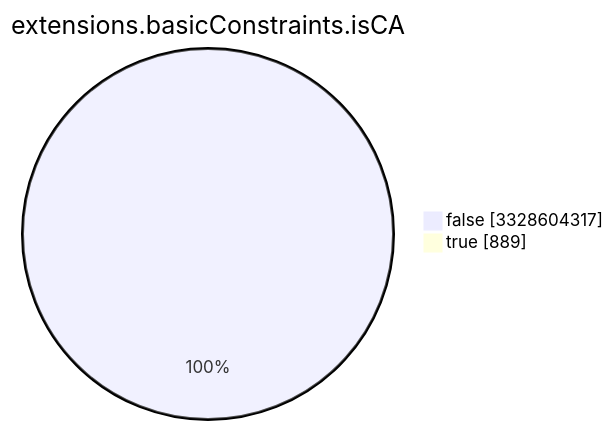
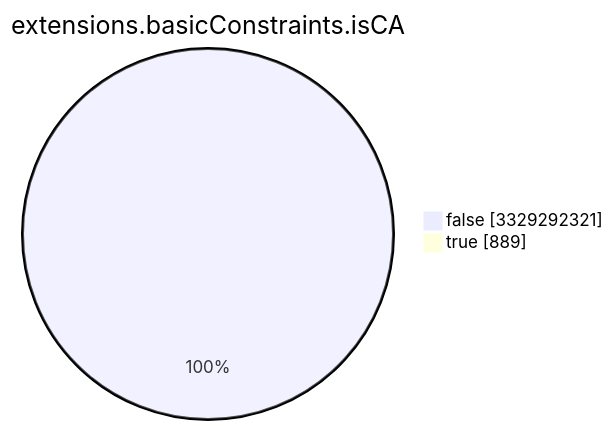
The seventh of 15 diagrams in TOTAL/README.md (christiankrug/ctmonitor_visualization), drawn with Mermaid before and after one commit. The commit also changed other lines of this file, not shown here.

````diff
--- a/TOTAL/README.md
+++ b/TOTAL/README.md
@@ -3089,6 +3089,6 @@
 ```mermaid
 pie showData
 title extensions.basicConstraints.isCA
-"false" :3328604317
+"false" :3329292321
 "true" :889
 ```
````
